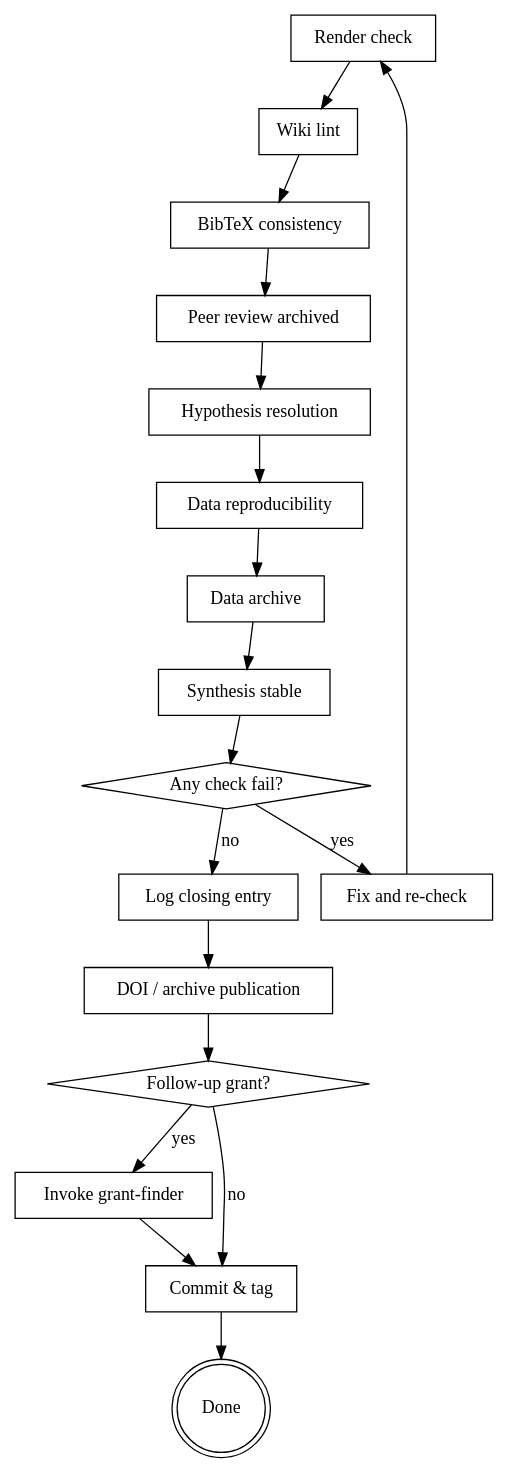
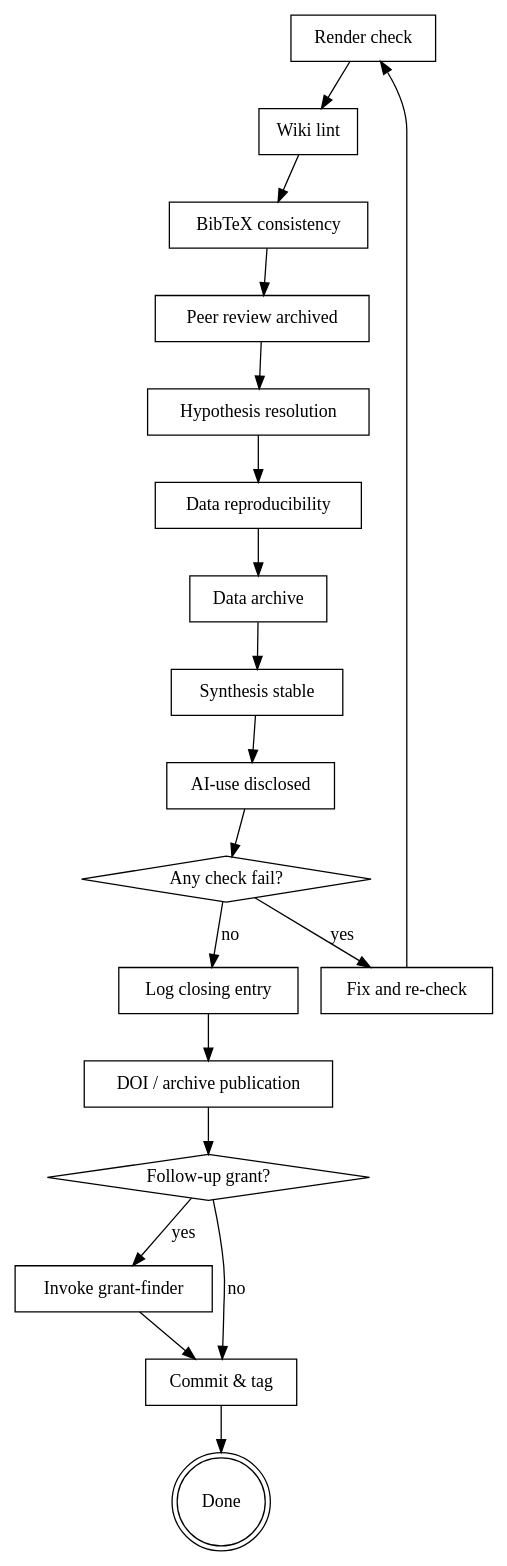
The diagram in skills/finishing-a-research-project/SKILL.md (leiverkus/research-superpowers), drawn with Graphviz before and after one commit. The commit also changed other lines of this file and 5 other files, not shown here.

````diff
--- a/skills/finishing-a-research-project/SKILL.md
+++ b/skills/finishing-a-research-project/SKILL.md
@@ -43,38 +44,40 @@
 ```dot
 digraph finishing {
     "Render check" [shape=box];
     "Wiki lint" [shape=box];
     "BibTeX consistency" [shape=box];
     "Peer review archived" [shape=box];
     "Hypothesis resolution" [shape=box];
     "Data reproducibility" [shape=box];
     "Data archive" [shape=box];
     "Synthesis stable" [shape=box];
+    "AI-use disclosed" [shape=box];
     "Any check fail?" [shape=diamond];
     "Fix and re-check" [shape=box];
     "Log closing entry" [shape=box];
     "DOI / archive publication" [shape=box];
     "Follow-up grant?" [shape=diamond];
     "Invoke grant-finder" [shape=box];
     "Commit & tag" [shape=box];
     "Done" [shape=doublecircle];
 
     "Render check" -> "Wiki lint";
     "Wiki lint" -> "BibTeX consistency";
     "BibTeX consistency" -> "Peer review archived";
     "Peer review archived" -> "Hypothesis resolution";
     "Hypothesis resolution" -> "Data reproducibility";
     "Data reproducibility" -> "Data archive";
     "Data archive" -> "Synthesis stable";
-    "Synthesis stable" -> "Any check fail?";
+    "Synthesis stable" -> "AI-use disclosed";
+    "AI-use disclosed" -> "Any check fail?";
     "Any check fail?" -> "Fix and re-check" [label="yes"];
     "Fix and re-check" -> "Render check";
     "Any check fail?" -> "Log closing entry" [label="no"];
     "Log closing entry" -> "DOI / archive publication";
     "DOI / archive publication" -> "Follow-up grant?";
     "Follow-up grant?" -> "Invoke grant-finder" [label="yes"];
     "Follow-up grant?" -> "Commit & tag" [label="no"];
     "Invoke grant-finder" -> "Commit & tag";
     "Commit & tag" -> "Done";
 }
 ```
````
